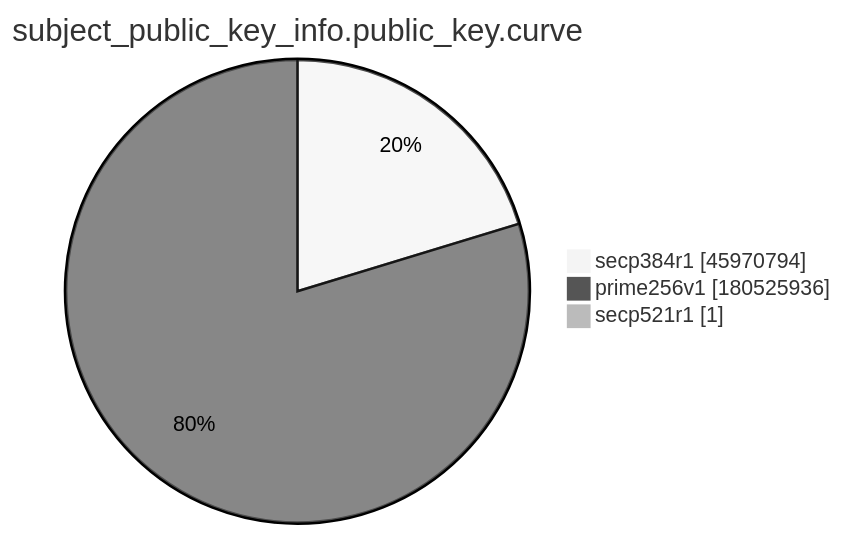
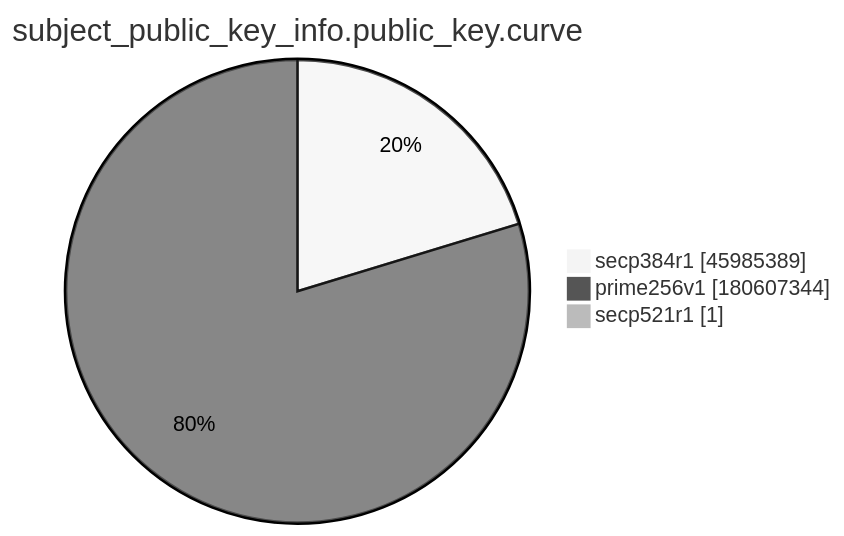
Before and after one commit to christiankrug/ctmonitor_visualization: the ninth of 15 diagrams in xenon2022/README.md, drawn with Mermaid (neutral theme). The commit also changed other lines of this file, not shown here.

````diff
--- a/xenon2022/README.md
+++ b/xenon2022/README.md
@@ -2873,7 +2873,7 @@
 ```mermaid
 pie showData
 title subject_public_key_info.public_key.curve
-"secp384r1" :45970794
-"prime256v1" :180525936
+"secp384r1" :45985389
+"prime256v1" :180607344
 "secp521r1" :1
 ```
````
